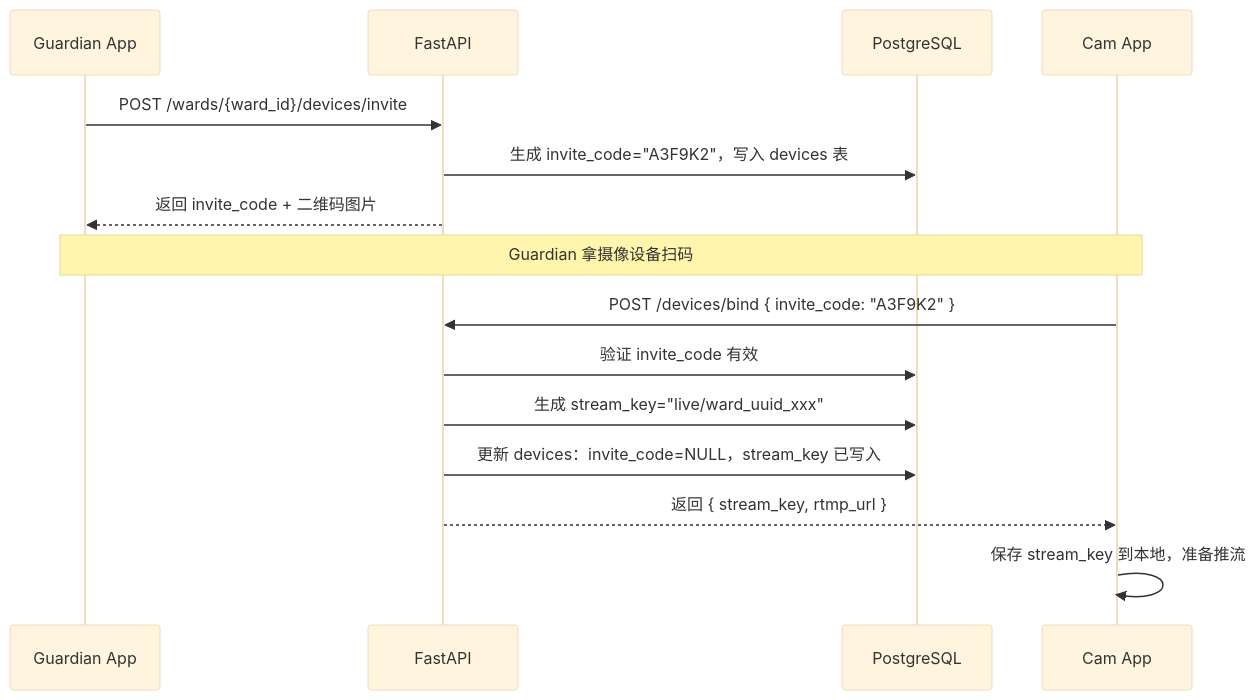
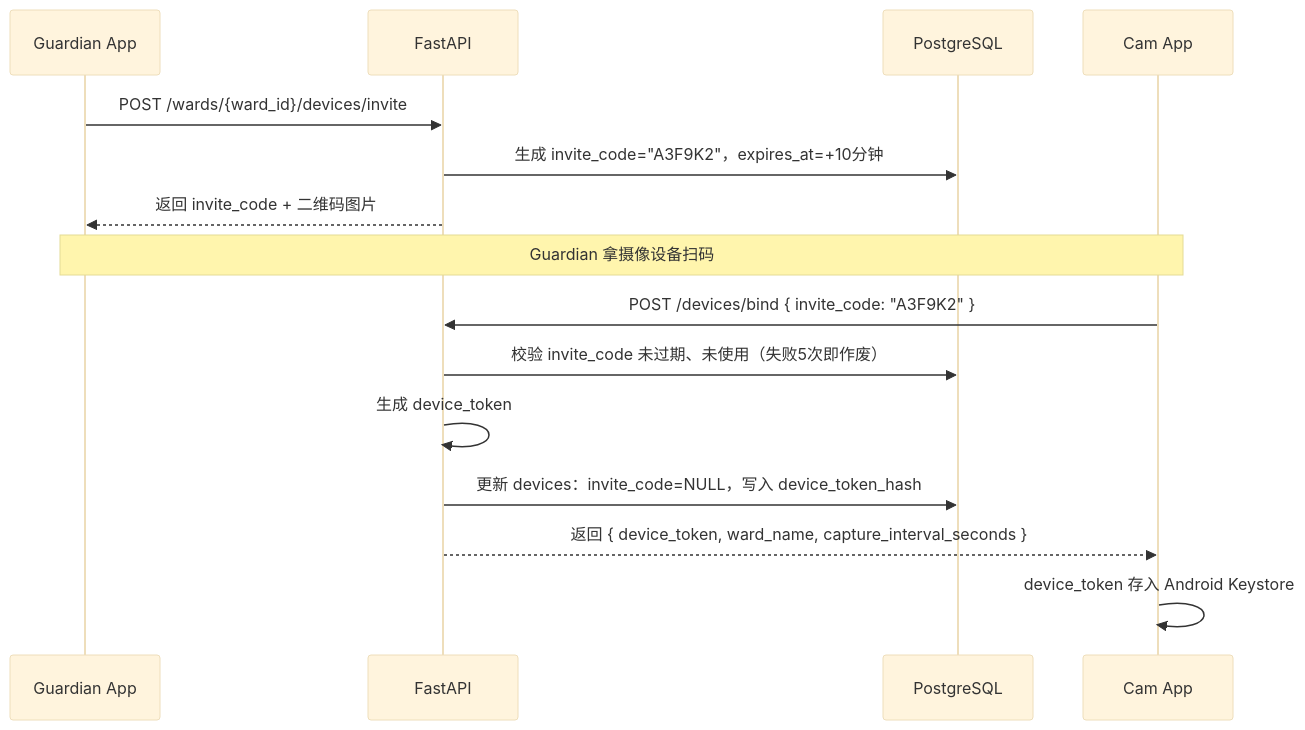
The ninth of 12 diagrams in duxue-server/docs/ARCHITECTURE.md (johanchow/duxue), drawn with Mermaid (base theme) before and after one commit. The commit also changed other lines of this file and 18 other files, not shown here.

````diff
--- a/duxue-server/docs/ARCHITECTURE.md
+++ b/duxue-server/docs/ARCHITECTURE.md
@@ -446,21 +698,21 @@
 ```mermaid
 sequenceDiagram
     participant APP as Guardian App
     participant API as FastAPI
     participant DB as PostgreSQL
     participant CAM as Cam App
 
     APP->>API: POST /wards/{ward_id}/devices/invite
-    API->>DB: 生成 invite_code="A3F9K2"，写入 devices 表
+    API->>DB: 生成 invite_code="A3F9K2"，expires_at=+10分钟
     API-->>APP: 返回 invite_code + 二维码图片
 
     Note over APP,CAM: Guardian 拿摄像设备扫码
 
     CAM->>API: POST /devices/bind  { invite_code: "A3F9K2" }
-    API->>DB: 验证 invite_code 有效
-    API->>DB: 生成 stream_key="live/ward_uuid_xxx"
-    API->>DB: 更新 devices：invite_code=NULL，stream_key 已写入
-    API-->>CAM: 返回 { stream_key, rtmp_url }
+    API->>DB: 校验 invite_code 未过期、未使用（失败5次即作废）
+    API->>API: 生成 device_token
+    API->>DB: 更新 devices：invite_code=NULL，写入 device_token_hash
+    API-->>CAM: 返回 { device_token, ward_name, capture_interval_seconds }
 
-    CAM->>CAM: 保存 stream_key 到本地，准备推流
+    CAM->>CAM: device_token 存入 Android Keystore
 ```
````
